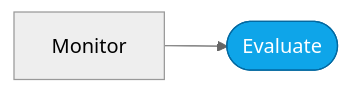
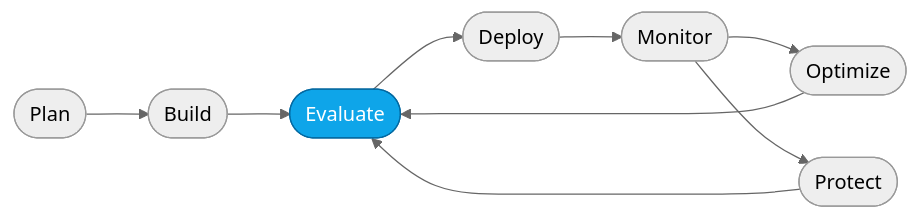
One commit to microsoft-foundry/agent-optimization-workshop changed the diagram in labs/more/trace-driven-datasets.md. Above: the diagram before and after it, drawn with Mermaid (neutral theme). The commit also changed other lines of this file and 17 other files, not shown here.

````diff
--- a/labs/more/trace-driven-datasets.md
+++ b/labs/more/trace-driven-datasets.md
@@ -13,5 +14,7 @@
 ```mermaid
 flowchart LR
-    Monitor --> Evaluate([Evaluate]):::active
+    Plan([Plan]) --> Build([Build]) --> Evaluate([Evaluate]):::active --> Deploy([Deploy]) --> Monitor([Monitor]) --> Optimize([Optimize]) --> Evaluate
+    Monitor --> Protect([Protect]) --> Evaluate
+
     classDef active fill:#0ea5e9,stroke:#0369a1,color:#fff;
 ```
````
